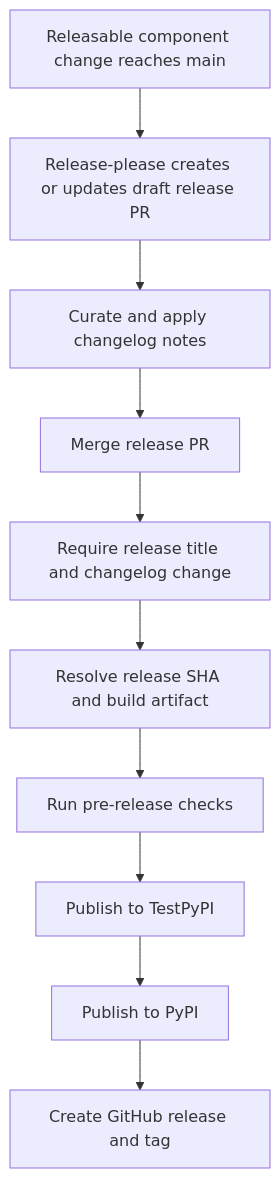
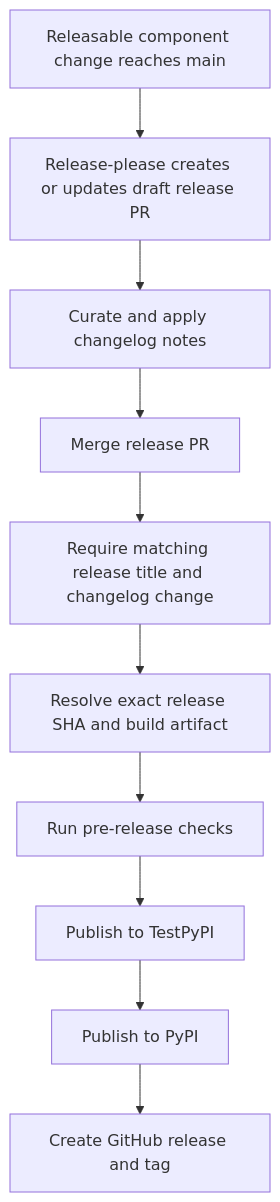
Before and after one commit to langchain-ai/deepagents: the third of 3 diagrams in openwiki/operations/development.md, drawn with Mermaid. The commit also changed other lines of this file and 27 other files, not shown here.

````diff
--- a/openwiki/operations/development.md
+++ b/openwiki/operations/development.md
@@ -153,12 +178,12 @@
 ```mermaid
 flowchart TD
     Main["Releasable component change reaches main"] --> Draft["Release-please creates or updates draft release PR"]
     Draft --> Notes["Curate and apply changelog notes"]
     Notes --> Merge["Merge release PR"]
-    Merge --> Detect["Require release title and changelog change"]
-    Detect --> Build["Resolve release SHA and build artifact"]
+    Merge --> Detect["Require matching release title and changelog change"]
+    Detect --> Build["Resolve exact release SHA and build artifact"]
     Build --> Validate["Run pre-release checks"]
     Validate --> Test["Publish to TestPyPI"]
     Test --> Publish["Publish to PyPI"]
     Publish --> Tag["Create GitHub release and tag"]
 ```
````
